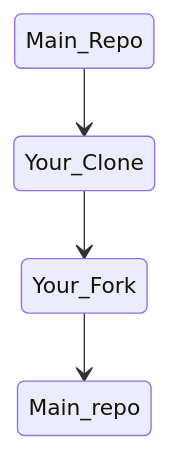
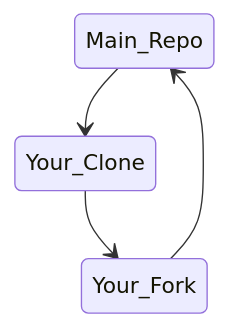
One commit to nsryan2/ssc_stuco changed the diagram in README.md. Above: the diagram before and after it, drawn with Mermaid.

Commit message:
fix readme flowchart

````diff
--- a/README.md
+++ b/README.md
@@ -44,6 +44,6 @@
 ```mermaid
 stateDiagram-v2
 Main_Repo --> Your_Clone
 Your_Clone --> Your_Fork
-Your_Fork --> Main_repo
+Your_Fork --> Main_Repo
 ```
````
